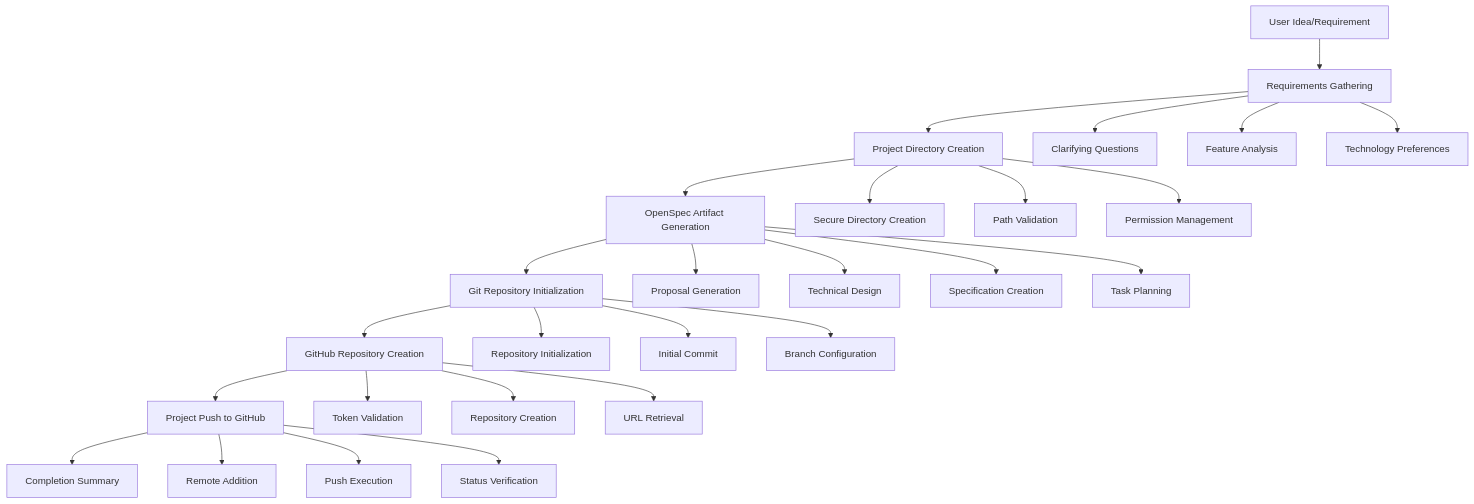
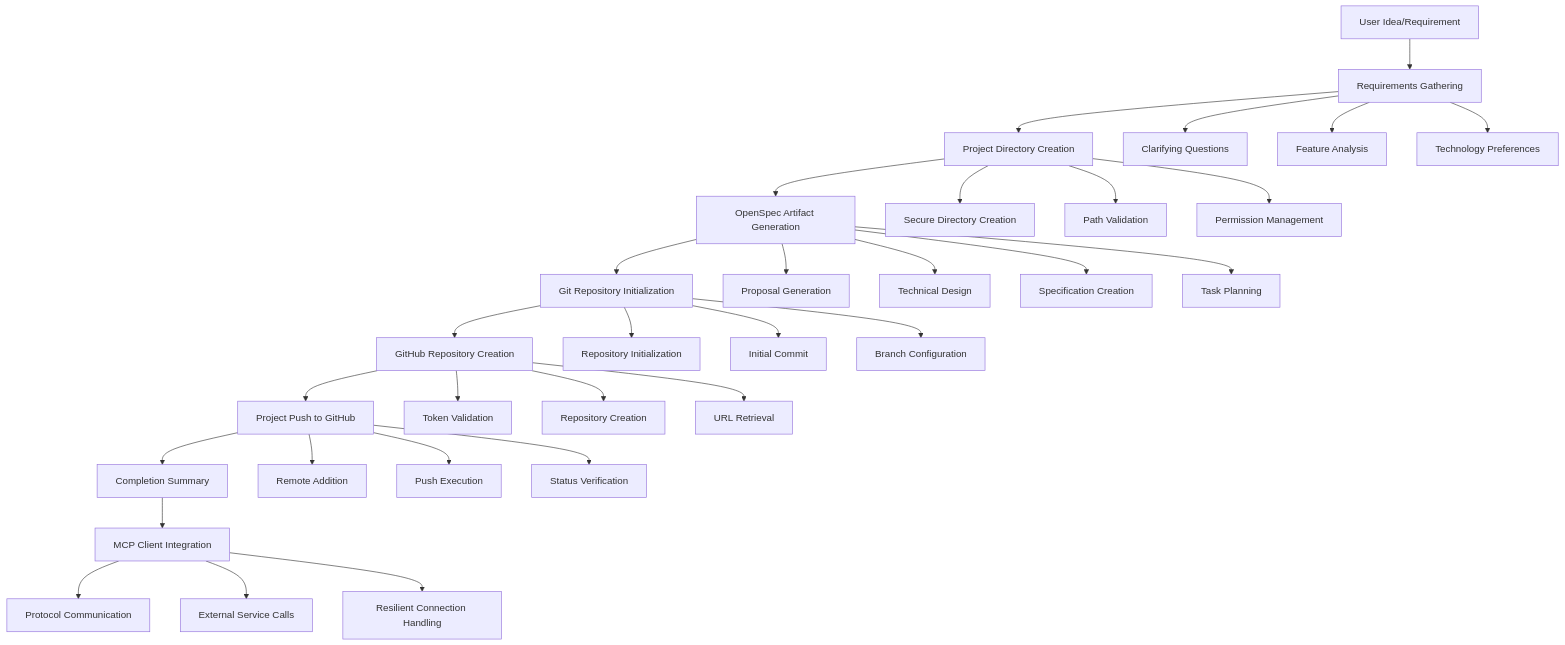
The first of 4 diagrams in .qoder/repowiki/en/content/Agent Development Workflow/Project Creation Workflow.md (siimliimand/laravel-assistant), drawn with Mermaid before and after one commit. The commit also changed other lines of this file and 3 other files, not shown here.

First line of the commit message:
feat(project-creation): integrate MCP client for enhanced project creation workflow

````diff
--- a/.qoder/repowiki/en/content/Agent Development Workflow/Project Creation Workflow.md
+++ b/.qoder/repowiki/en/content/Agent Development Workflow/Project Creation Workflow.md
@@ -44,29 +58,33 @@
 ```mermaid
 flowchart TD
 A["User Idea/Requirement"] --> B["Requirements Gathering"]
 B --> C["Project Directory Creation"]
 C --> D["OpenSpec Artifact Generation"]
 D --> E["Git Repository Initialization"]
 E --> F["GitHub Repository Creation"]
 F --> G["Project Push to GitHub"]
 G --> H["Completion Summary"]
 B --> B1["Clarifying Questions"]
 B --> B2["Feature Analysis"]
 B --> B3["Technology Preferences"]
 C --> C1["Secure Directory Creation"]
 C --> C2["Path Validation"]
 C --> C3["Permission Management"]
 D --> D1["Proposal Generation"]
 D --> D2["Technical Design"]
 D --> D3["Specification Creation"]
 D --> D4["Task Planning"]
 E --> E1["Repository Initialization"]
 E --> E2["Initial Commit"]
 E --> E3["Branch Configuration"]
 F --> F1["Token Validation"]
 F --> F2["Repository Creation"]
 F --> F3["URL Retrieval"]
 G --> G1["Remote Addition"]
 G --> G2["Push Execution"]
 G --> G3["Status Verification"]
+H --> I["MCP Client Integration"]
+I --> I1["Protocol Communication"]
+I --> I2["External Service Calls"]
+I --> I3["Resilient Connection Handling"]
 ```
````
